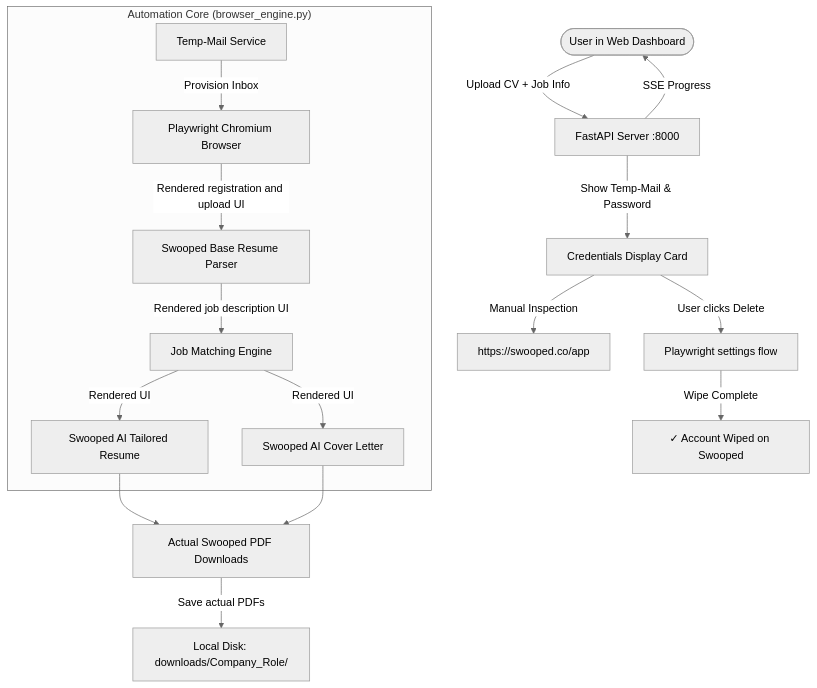
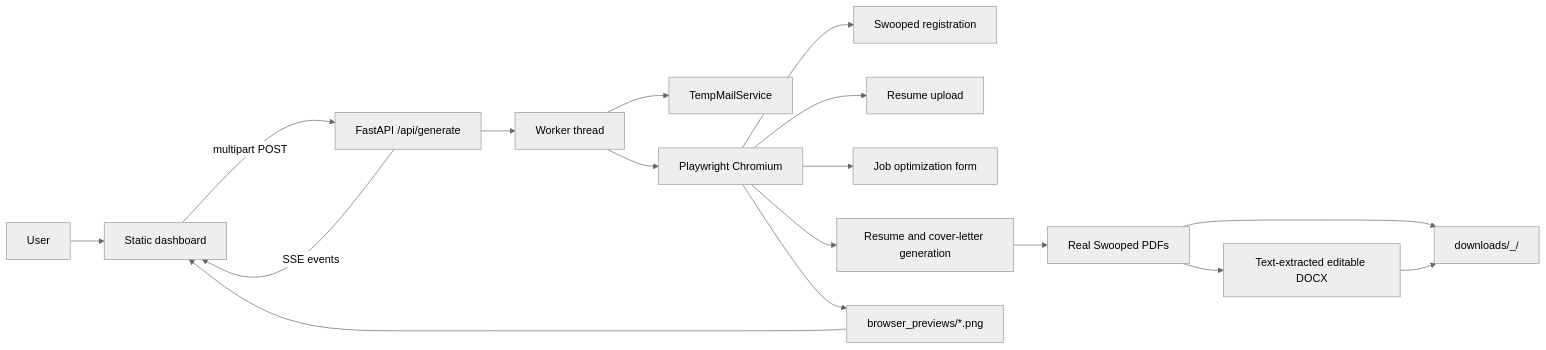
Before and after one commit to NallukumarRavichandran/resumeFlowMark2.RFM2: the diagram in README.md, drawn with Mermaid (neutral theme). The commit also changed other lines of this file, not shown here.

Commit message:
Document browser automation architecture and operations

````diff
--- a/README.md
+++ b/README.md
@@ -56,23 +43,19 @@
 ```mermaid
-graph TD
-    User([User in Web Dashboard]) -->|Upload CV + Job Info| FastAPI[FastAPI Server :8000]
-    FastAPI -->|SSE Progress| User
-    
-    subgraph "Automation Core (browser_engine.py)"
-        TempMail[Temp-Mail Service] -->|Provision Inbox| Browser[Playwright Chromium Browser]
-        Browser -->|Rendered registration and upload UI| BaseRes[Swooped Base Resume Parser]
-        BaseRes -->|Rendered job description UI| JobTarget[Job Matching Engine]
-        JobTarget -->|Rendered UI| ResumeTailor[Swooped AI Tailored Resume]
-        JobTarget -->|Rendered UI| CoverAI[Swooped AI Cover Letter]
-    end
-
-    ResumeTailor --> SwoopedDownloads[Actual Swooped PDF Downloads]
-    CoverAI --> SwoopedDownloads
-    SwoopedDownloads -->|Save actual PDFs| LocalDisk[Local Disk: downloads/Company_Role/]
-
-    FastAPI -->|Show Temp-Mail & Password| CredentialsCard[Credentials Display Card]
-    CredentialsCard -->|Manual Inspection| SwoopedDashboard[https://swooped.co/app]
-    
-    CredentialsCard -->|User clicks Delete| DeleteBrowser[Playwright settings flow]
-    DeleteBrowser -->|Wipe Complete| WipedStatus[✓ Account Wiped on Swooped]
+flowchart LR
+    U[User] --> UI[Static dashboard]
+    UI -->|multipart POST| API[FastAPI /api/generate]
+    API -->|SSE events| UI
+    API --> Worker[Worker thread]
+    Worker --> Mail[TempMailService]
+    Worker --> Browser[Playwright Chromium]
+    Browser --> Register[Swooped registration]
+    Browser --> Upload[Resume upload]
+    Browser --> Optimize[Job optimization form]
+    Browser --> Generate[Resume and cover-letter generation]
+    Generate --> PDF[Real Swooped PDFs]
+    PDF --> DOCX[Text-extracted editable DOCX]
+    PDF --> Disk[downloads/<Company>_<Role>/]
+    DOCX --> Disk
+    Browser --> Preview[browser_previews/*.png]
+    Preview --> UI
 ```
````
